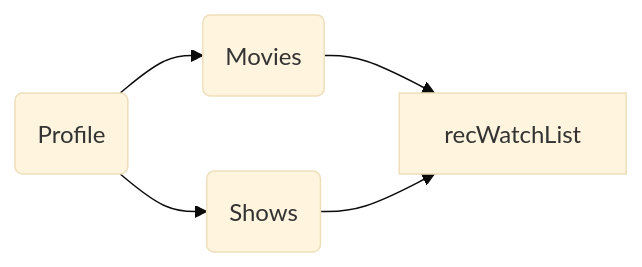
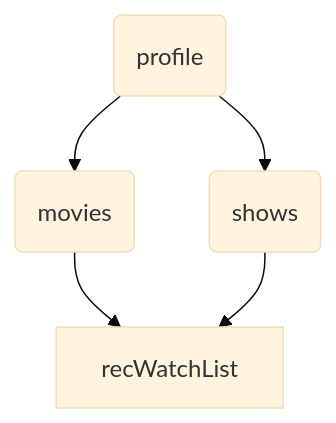
Before and after one commit to JasonSteving99/claro-lang: the diagram in mdbook_docs/src/graph_procedures/graph_procedures.tmpl.md, drawn with Mermaid (base theme). The commit also changed 2 other files, not shown here.

Commit message:
Continue Updating Claro Docs to Use Auto-Validated Examples

```diff
--- a/mdbook_docs/src/graph_procedures/graph_procedures.tmpl.md
+++ b/mdbook_docs/src/graph_procedures/graph_procedures.tmpl.md
@@ -28,7 +28,7 @@
 <pre class="mermaid">
-    graph LR
-    Profile(Profile) --> Movies
-    Profile --> Shows
-    Movies(Movies) --> recWatchList
-    Shows(Shows) --> recWatchList
+    graph TD
+    profile(profile) --> movies
+    profile --> shows
+    movies(movies) --> recWatchList
+    shows(shows) --> recWatchList
 </pre>
```
